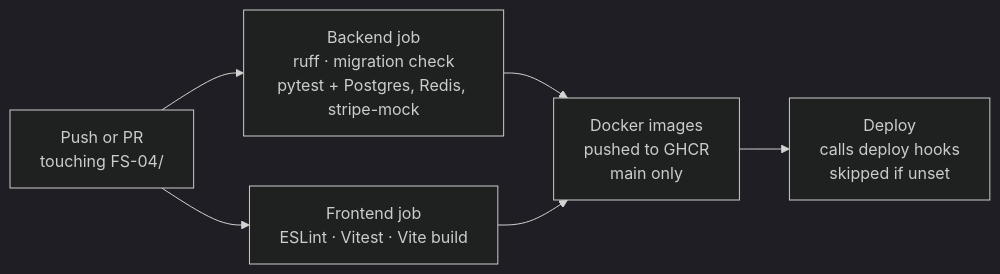
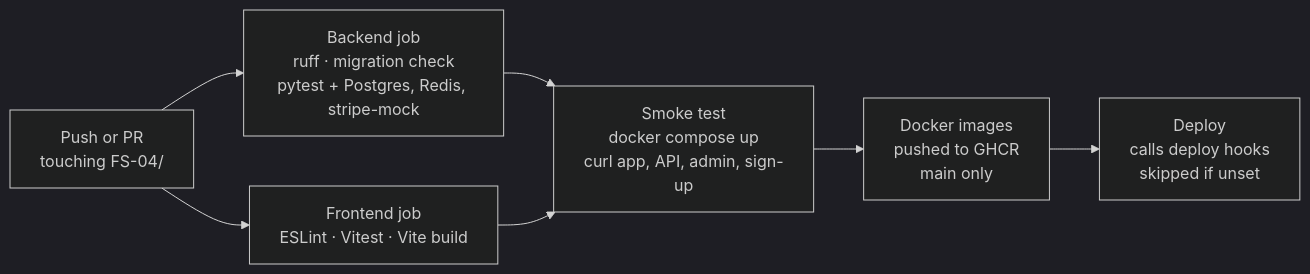
One commit to Adarsh619/Rout_Adarsh_Pradhan_Capstone_Projects changed the diagram in FS-04/docs/11-devops.md. Above: the diagram before and after it, drawn with Mermaid (dark theme). The commit also changed other lines of this file and 8 other files, not shown here.

First line of the commit message:
ci: smoke-test the Docker Compose stack, pin stripe-mock, harden nginx and compose

````diff
--- a/FS-04/docs/11-devops.md
+++ b/FS-04/docs/11-devops.md
@@ -23,8 +44,9 @@
 ```mermaid
 flowchart LR
   T[Push or PR<br/>touching FS-04/] --> BE[Backend job<br/>ruff · migration check<br/>pytest + Postgres, Redis, stripe-mock]
   T --> FE[Frontend job<br/>ESLint · Vitest · Vite build]
-  BE --> IMG[Docker images<br/>pushed to GHCR<br/>main only]
-  FE --> IMG
+  BE --> SM[Smoke test<br/>docker compose up<br/>curl app, API, admin, sign-up]
+  FE --> SM
+  SM --> IMG[Docker images<br/>pushed to GHCR<br/>main only]
   IMG --> DEP[Deploy<br/>calls deploy hooks<br/>skipped if unset]
 ```
````
